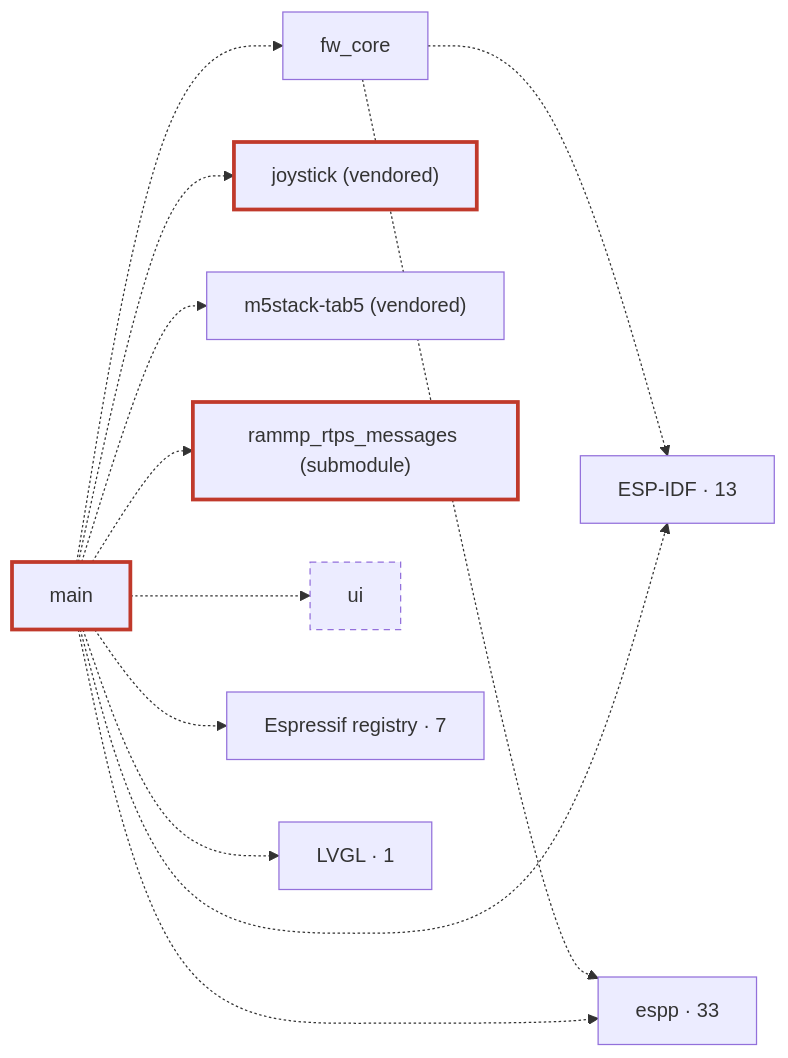
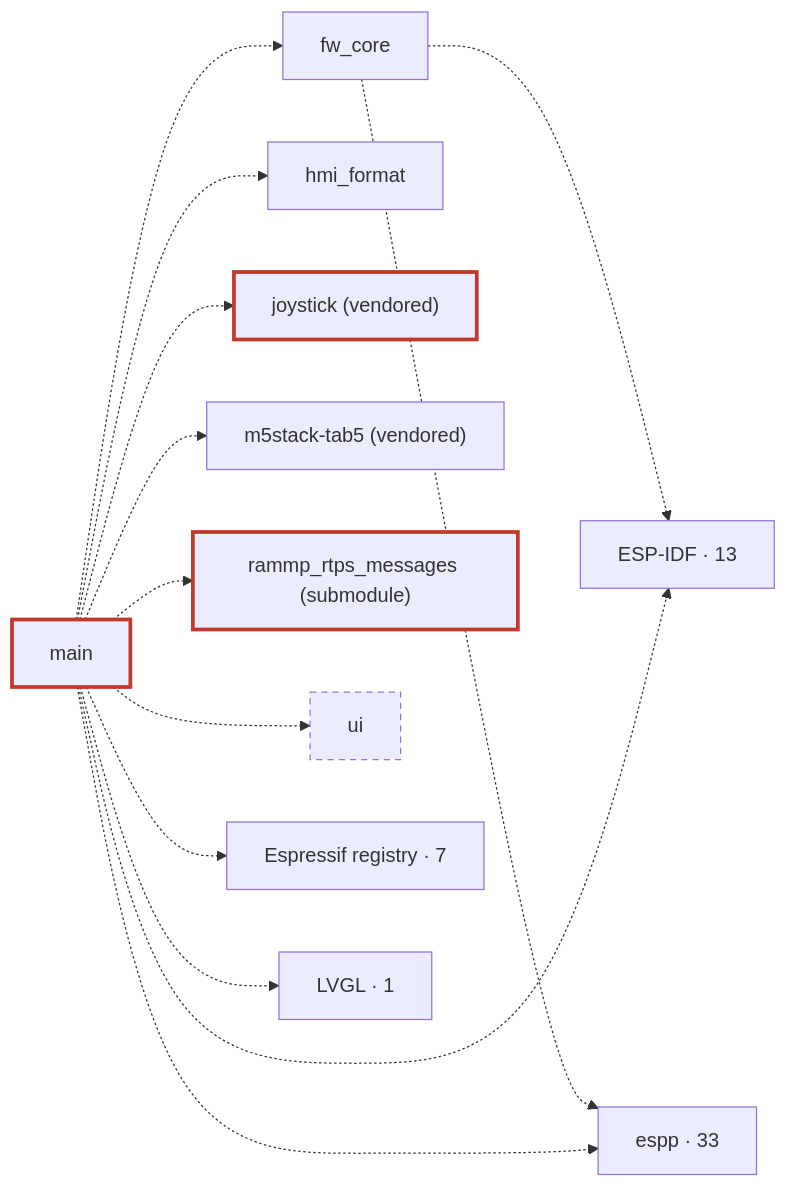
One commit to rammp-org/pace-hmi-fw changed the second of 2 diagrams in docs/architecture.md. Above: the diagram before and after it, drawn with Mermaid. The commit also changed 1 other file, not shown here.

Commit message:
docs: regenerate D3 from the integ3 build (adds hmi_format)
python tools/gen_diagrams/gen_diagrams.py write --build-dir C:\b\integ3_default;
check PASS.

````diff
--- a/docs/architecture.md
+++ b/docs/architecture.md
@@ -95,27 +95,29 @@
 ```mermaid
 flowchart LR
   c_fw_core["fw_core"]
+  c_hmi_format["hmi_format"]
   c_joystick["joystick (vendored)"]:::safety
   c_m5stack_tab5["m5stack-tab5 (vendored)"]
   c_main["main"]:::safety
   c_rammp_rtps_messages["rammp_rtps_messages (submodule)"]:::safety
   c_ui["ui"]:::gen
   g_ESP_IDF["ESP-IDF · 13"]
   g_espp["espp · 33"]
   g_Espressif_registry["Espressif registry · 7"]
   g_LVGL["LVGL · 1"]
   c_fw_core -.-> g_ESP_IDF
   c_fw_core -.-> g_espp
   c_main -.-> c_fw_core
+  c_main -.-> c_hmi_format
   c_main -.-> c_joystick
   c_main -.-> c_m5stack_tab5
   c_main -.-> c_rammp_rtps_messages
   c_main -.-> c_ui
   c_main -.-> g_ESP_IDF
   c_main -.-> g_espp
   c_main -.-> g_Espressif_registry
   c_main -.-> g_LVGL
   classDef hw fill:#d9dde3,stroke:#7a8590,color:#111
   classDef safety stroke:#c0392b,stroke-width:3px
   classDef gen stroke-dasharray:5 4
 ```
````
